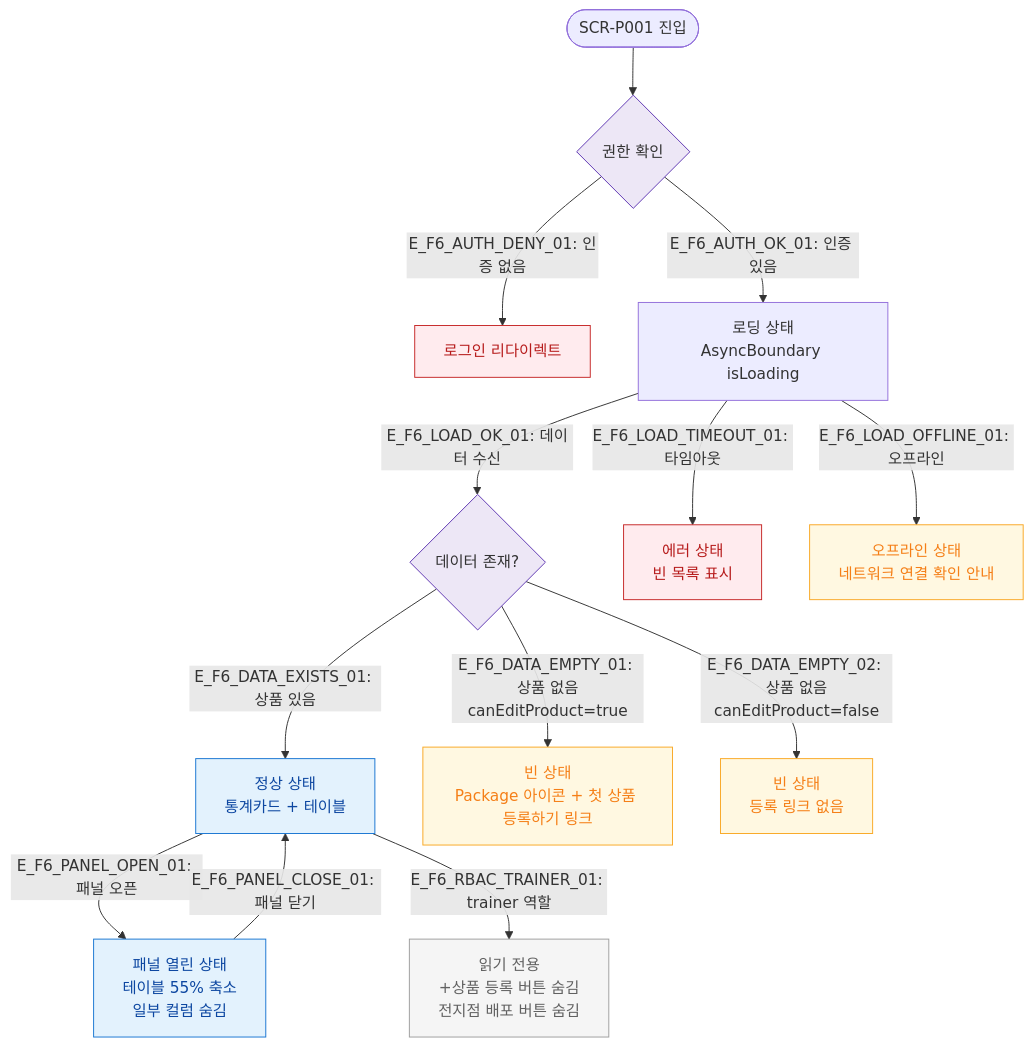
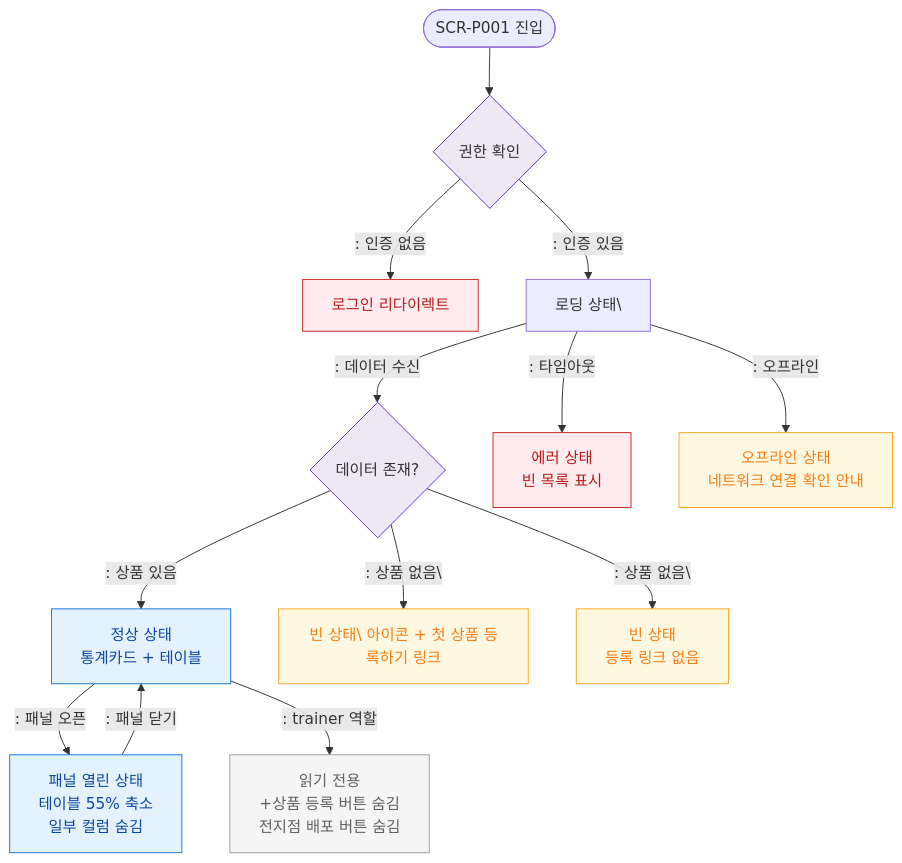
One commit to dev-spogym/admin-pando changed the diagram in docs/다이어그램/D05_상품관리/SCR-P001_상품관리/F6_상태별화면.md. Above: the diagram before and after it, drawn with Mermaid. The commit also changed other lines of this file and 1660 other files, not shown here.

First line of the commit message:
다이어그램: 기획자/클라이언트 납품본으로 정리

````diff
--- a/docs/다이어그램/D05_상품관리/SCR-P001_상품관리/F6_상태별화면.md
+++ b/docs/다이어그램/D05_상품관리/SCR-P001_상품관리/F6_상태별화면.md
@@ -19,31 +17,31 @@
 ```mermaid
 flowchart TD
     ENTER([SCR-P001 진입]) --> AuthCheck{권한 확인}
 
-    AuthCheck -->|"E_F6_AUTH_DENY_01: 인증 없음"| StateLogin[로그인 리다이렉트]
-    AuthCheck -->|"E_F6_AUTH_OK_01: 인증 있음"| StateLoading[로딩 상태\nAsyncBoundary isLoading]
+    AuthCheck -->|": 인증 없음"|StateLogin[로그인 리다이렉트]
+    AuthCheck -->|": 인증 있음"|StateLoading[로딩 상태\]
 
-    StateLoading -->|"E_F6_LOAD_OK_01: 데이터 수신"| CheckData{데이터 존재?}
-    StateLoading -->|"E_F6_LOAD_TIMEOUT_01: 타임아웃"| StateError[에러 상태\n빈 목록 표시]
-    StateLoading -->|"E_F6_LOAD_OFFLINE_01: 오프라인"| StateOffline[오프라인 상태\n네트워크 연결 확인 안내]
+    StateLoading -->|": 데이터 수신"|CheckData{데이터 존재?}
+    StateLoading -->|": 타임아웃"|StateError[에러 상태\n빈 목록 표시]
+    StateLoading -->|": 오프라인"|StateOffline[오프라인 상태\n네트워크 연결 확인 안내]
 
-    CheckData -->|"E_F6_DATA_EXISTS_01: 상품 있음"| StateNormal[정상 상태\n통계카드 + 테이블]
-    CheckData -->|"E_F6_DATA_EMPTY_01: 상품 없음\ncanEditProduct=true"| StateEmptyEdit[빈 상태\nPackage 아이콘 + 첫 상품 등록하기 링크]
-    CheckData -->|"E_F6_DATA_EMPTY_02: 상품 없음\ncanEditProduct=false"| StateEmptyRead[빈 상태\n등록 링크 없음]
+    CheckData -->|": 상품 있음"|StateNormal[정상 상태\n통계카드 + 테이블]
+    CheckData -->|": 상품 없음\"|StateEmptyEdit[빈 상태\ 아이콘 + 첫 상품 등록하기 링크]
+    CheckData -->|": 상품 없음\"|StateEmptyRead[빈 상태\n등록 링크 없음]
 
-    StateNormal -->|"E_F6_PANEL_OPEN_01: 패널 오픈"| StatePanelOpen[패널 열린 상태\n테이블 55% 축소\n일부 컬럼 숨김]
-    StatePanelOpen -->|"E_F6_PANEL_CLOSE_01: 패널 닫기"| StateNormal
+    StateNormal -->|": 패널 오픈"|StatePanelOpen[패널 열린 상태\n테이블 55% 축소\n일부 컬럼 숨김]
+    StatePanelOpen -->|": 패널 닫기"|StateNormal
 
-    StateNormal -->|"E_F6_RBAC_TRAINER_01: trainer 역할"| StateReadOnly[읽기 전용\n+상품 등록 버튼 숨김\n전지점 배포 버튼 숨김]
+    StateNormal -->|": trainer 역할"|StateReadOnly[읽기 전용\n+상품 등록 버튼 숨김\n전지점 배포 버튼 숨김]
 
     classDef screen fill:#E3F2FD,stroke:#1976D2,color:#0D47A1
     classDef error fill:#FFEBEE,stroke:#C62828,color:#B71C1C
     classDef warning fill:#FFF8E1,stroke:#F9A825,color:#F57F17
     classDef rbacBlocked fill:#F5F5F5,stroke:#9E9E9E,color:#616161
     classDef system fill:#EDE7F6,stroke:#5E35B2
     class StateNormal,StatePanelOpen screen
     class StateError,StateLogin error
     class StateEmptyEdit,StateEmptyRead,StateOffline warning
     class StateReadOnly rbacBlocked
     class AuthCheck,CheckData system
 ```
````
